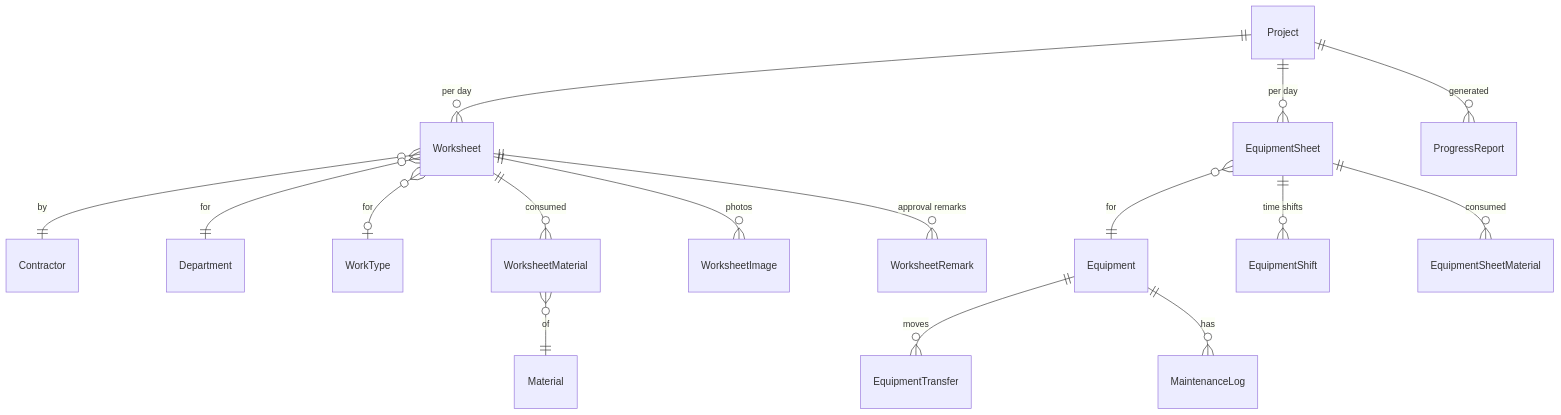
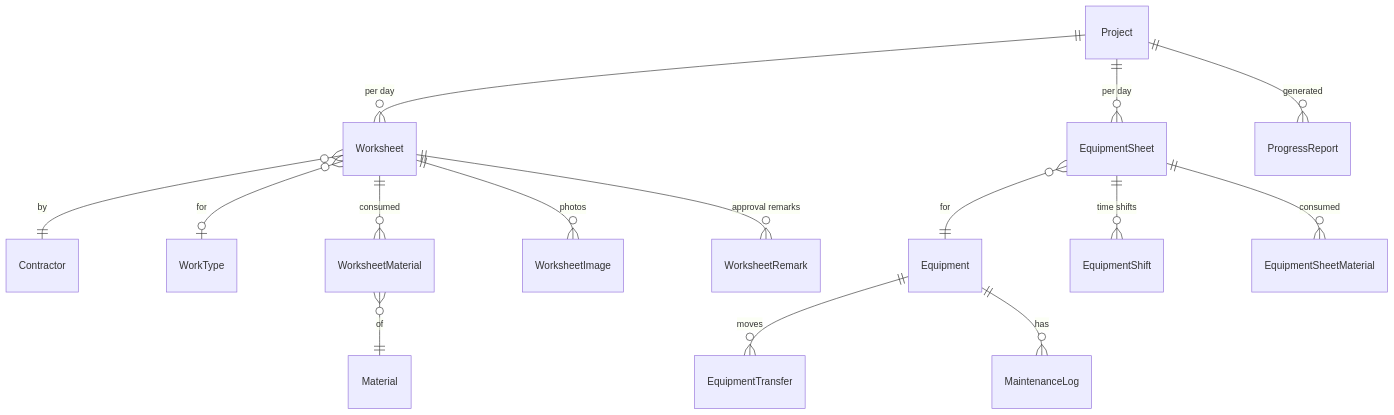
Before and after one commit to arunselvakumar/white-board: the fourth of 10 diagrams in apps/construction-management/docs/01-domain-model.md, drawn with Mermaid. The commit also changed other lines of this file and 21 other files, not shown here.

````diff
--- a/apps/construction-management/docs/01-domain-model.md
+++ b/apps/construction-management/docs/01-domain-model.md
@@ -117,18 +116,17 @@
 ```mermaid
 erDiagram
     Project ||--o{ Worksheet : "per day"
     Worksheet }o--|| Contractor : by
-    Worksheet }o--|| Department : for
     Worksheet }o--o| WorkType : for
     Worksheet ||--o{ WorksheetMaterial : consumed
     WorksheetMaterial }o--|| Material : of
     Worksheet ||--o{ WorksheetImage : photos
     Worksheet ||--o{ WorksheetRemark : "approval remarks"
     Project ||--o{ EquipmentSheet : "per day"
     EquipmentSheet }o--|| Equipment : for
     EquipmentSheet ||--o{ EquipmentShift : "time shifts"
     EquipmentSheet ||--o{ EquipmentSheetMaterial : consumed
     Equipment ||--o{ EquipmentTransfer : moves
     Equipment ||--o{ MaintenanceLog : has
     Project ||--o{ ProgressReport : generated
 ```
````
